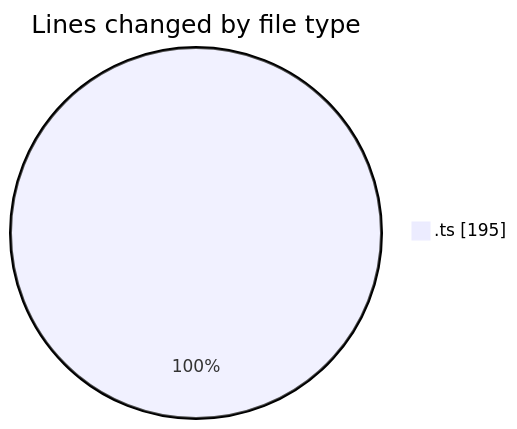
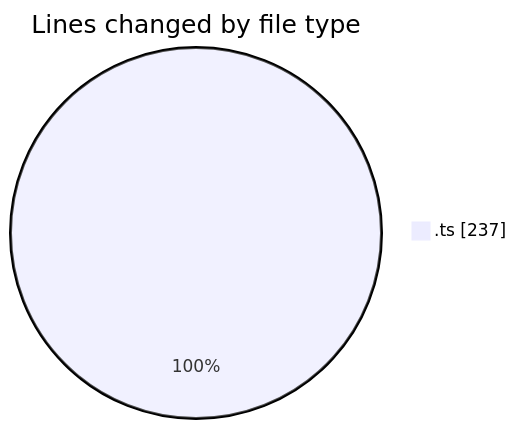
Before and after one commit to momahboobian/code-tracking: the first of 2 diagrams in 2025-08-07/cda/README.md, drawn with Mermaid. The commit also changed other lines of this file and 1 other file, not shown here.

````diff
--- a/2025-08-07/cda/README.md
+++ b/2025-08-07/cda/README.md
@@ -20,5 +20,5 @@
 ```mermaid
 pie showData
 title Lines changed by file type
-".ts" : 195
+".ts" : 237
 ```
````
